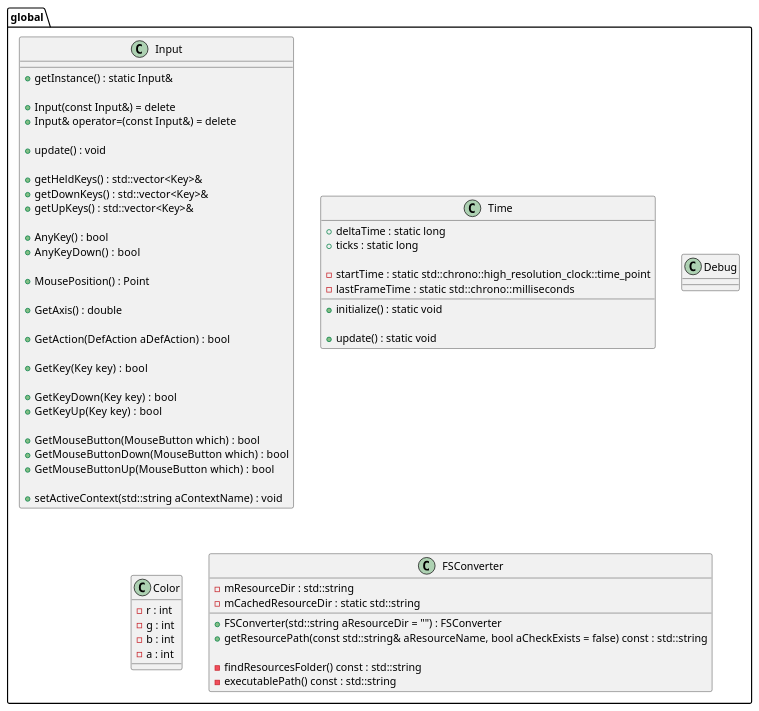
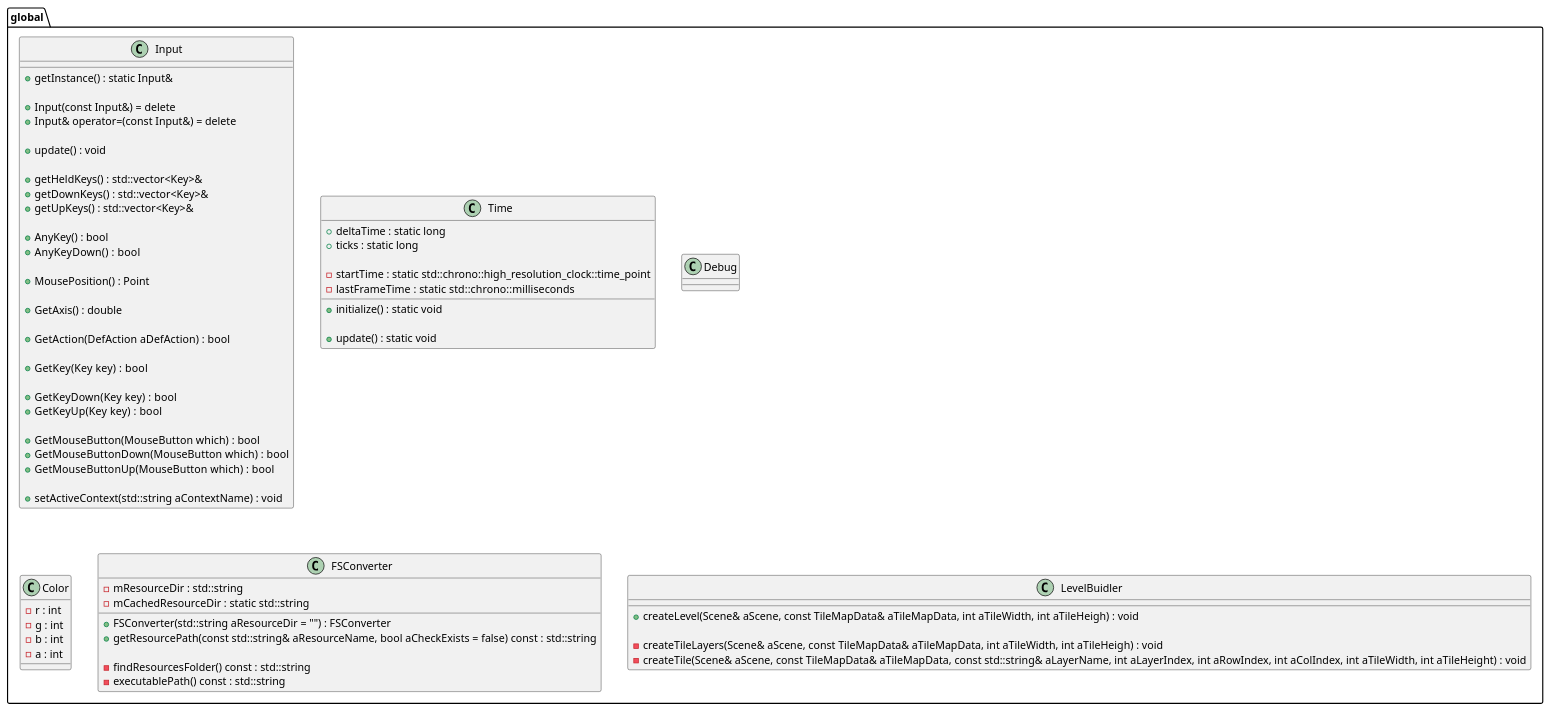
The diagram in docs/Diagrams/classDiagramPackages/globalPackage.puml (Seger01/GameEngine), drawn with PlantUML before and after one commit.

Commit message:
added levelBuilder class to design

```diff
--- a/docs/Diagrams/classDiagramPackages/globalPackage.puml
+++ b/docs/Diagrams/classDiagramPackages/globalPackage.puml
@@ -1,68 +1,75 @@
 @startuml globalPackageClassDiagram
 package global{
 class Input{
     + getInstance() : static Input&
 
     + Input(const Input&) = delete
     + Input& operator=(const Input&) = delete
 
     + update() : void 
 
     + getHeldKeys() : std::vector<Key>& 
     + getDownKeys() : std::vector<Key>& 
     + getUpKeys() : std::vector<Key>& 
 
     + AnyKey() : bool
     + AnyKeyDown()  : bool 
 
     + MousePosition() : Point 
 
     + GetAxis() : double 
 
     + GetAction(DefAction aDefAction)  : bool 
 
     + GetKey(Key key)  : bool 
 
     + GetKeyDown(Key key)  : bool 
     + GetKeyUp(Key key)  : bool 
 
     + GetMouseButton(MouseButton which)  : bool 
     + GetMouseButtonDown(MouseButton which)  : bool 
     + GetMouseButtonUp(MouseButton which)  : bool 
 
     + setActiveContext(std::string aContextName) : void 
 }
 
 
 class Time{
     + initialize() : static void 
 
     + update() : static void
 
     + deltaTime : static long
     + ticks : static long 
 
     - startTime : static std::chrono::high_resolution_clock::time_point 
     - lastFrameTime :  static std::chrono::milliseconds
 }
 
 class Debug{}
 
 class Color{
     - r : int
     - g : int
     - b : int
     - a : int
 }
 
 class FSConverter {
     + FSConverter(std::string aResourceDir = "") : FSConverter
     + getResourcePath(const std::string& aResourceName, bool aCheckExists = false) const : std::string
 
     - findResourcesFolder() const : std::string
     - executablePath() const : std::string
     - mResourceDir : std::string
     - mCachedResourceDir : static std::string
 }
+
+class LevelBuidler {
+    +createLevel(Scene& aScene, const TileMapData& aTileMapData, int aTileWidth, int aTileHeigh) : void
+
+    -createTileLayers(Scene& aScene, const TileMapData& aTileMapData, int aTileWidth, int aTileHeigh) : void
+    -createTile(Scene& aScene, const TileMapData& aTileMapData, const std::string& aLayerName, int aLayerIndex, int aRowIndex, int aColIndex, int aTileWidth, int aTileHeight) : void
+}
 }
 @enduml
```
